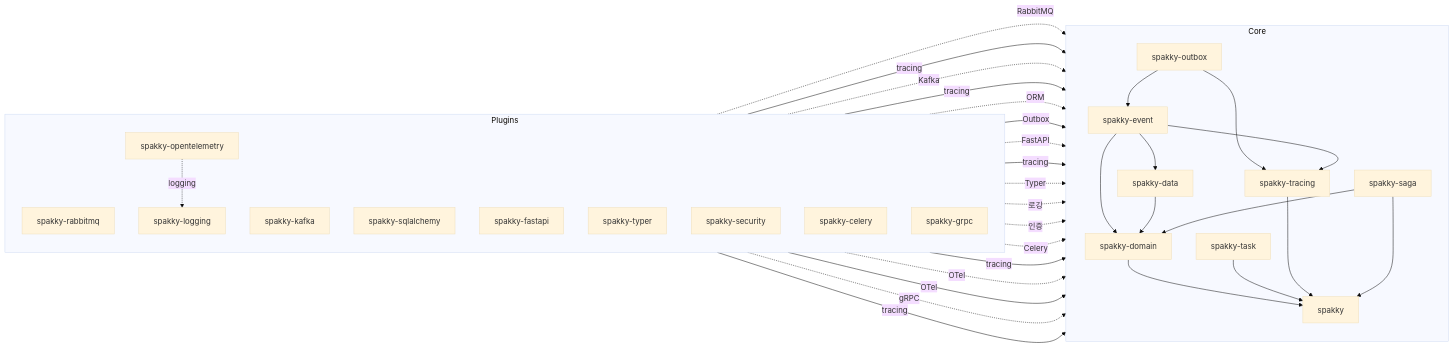
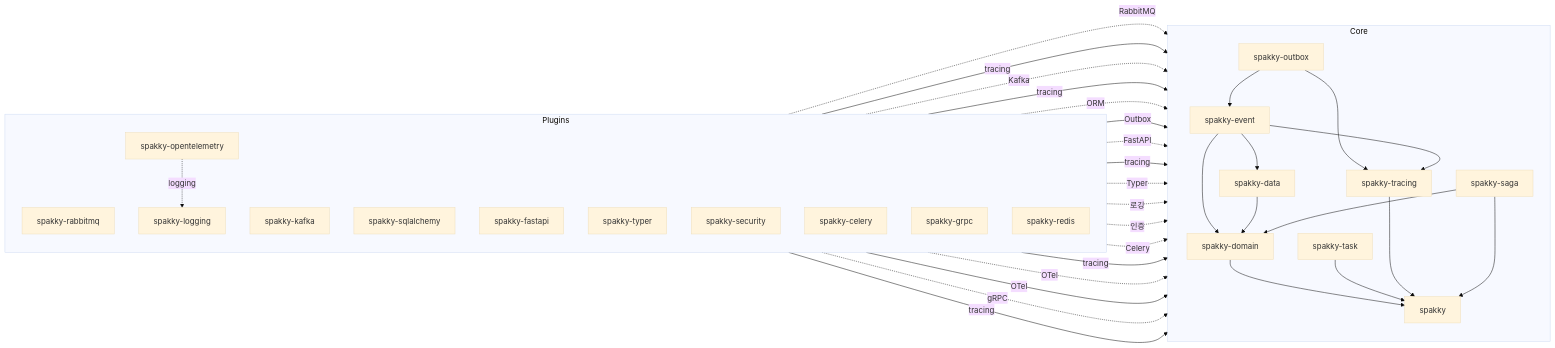
Before and after one commit to E5presso/spakky-framework: the diagram in docs/index.md, drawn with Mermaid (base theme). The commit also changed other lines of this file and 21 other files, not shown here.

````diff
--- a/docs/index.md
+++ b/docs/index.md
@@ -252,50 +253,51 @@
 ```mermaid
 flowchart LR
   subgraph Plugins[Plugins]
     direction TB
     rabbitmq[spakky-rabbitmq]
     kafka[spakky-kafka]
     sqlalchemy[spakky-sqlalchemy]
     fastapi[spakky-fastapi]
     typer[spakky-typer]
     logging[spakky-logging]
     security[spakky-security]
     celery[spakky-celery]
     opentelemetry[spakky-opentelemetry]
     grpc[spakky-grpc]
+    redis[spakky-redis]
   end
 
   subgraph Core[Core]
     direction TB
     outbox[spakky-outbox] --> event[spakky-event]
     outbox --> tracing_dep[spakky-tracing]
     event --> data[spakky-data]
     event --> tracing_dep
     event --> domain[spakky-domain]
     data --> domain
     domain --> core[spakky]
     task[spakky-task] --> core
     tracing_dep --> core
     saga[spakky-saga] --> domain
     saga --> core
   end
 
   rabbitmq -. RabbitMQ .-> event
   rabbitmq -- tracing --> tracing_dep
   kafka -. Kafka .-> event
   kafka -- tracing --> tracing_dep
   sqlalchemy -. ORM .-> data
   sqlalchemy -- Outbox --> outbox
   fastapi -. FastAPI .-> core
   fastapi -- tracing --> tracing_dep
   typer -. Typer .-> core
   logging -. 로깅 .-> core
   security -. 인증 .-> core
   celery -. Celery .-> task
   celery -- tracing --> tracing_dep
   opentelemetry -. OTel .-> core
   opentelemetry -- OTel --> tracing_dep
   opentelemetry -. logging .-> logging
   grpc -. gRPC .-> core
   grpc -- tracing --> tracing_dep
 ```
````
